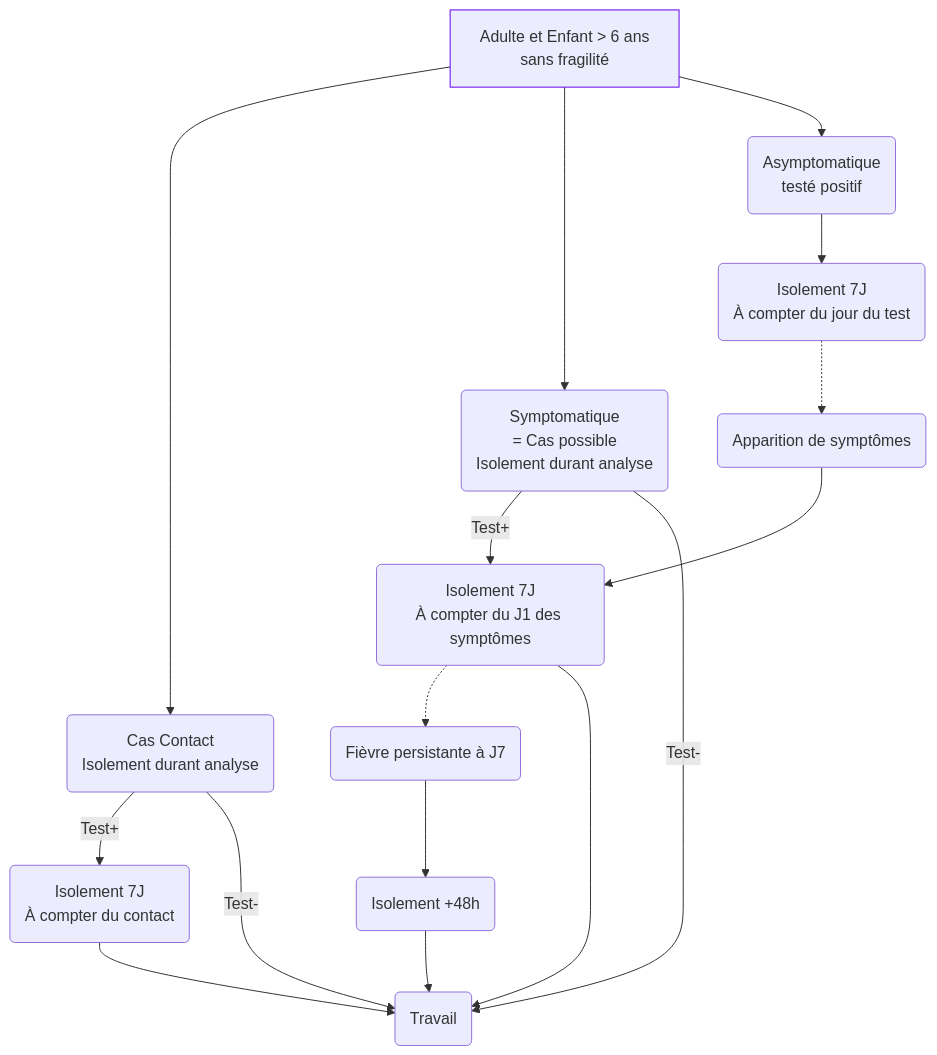
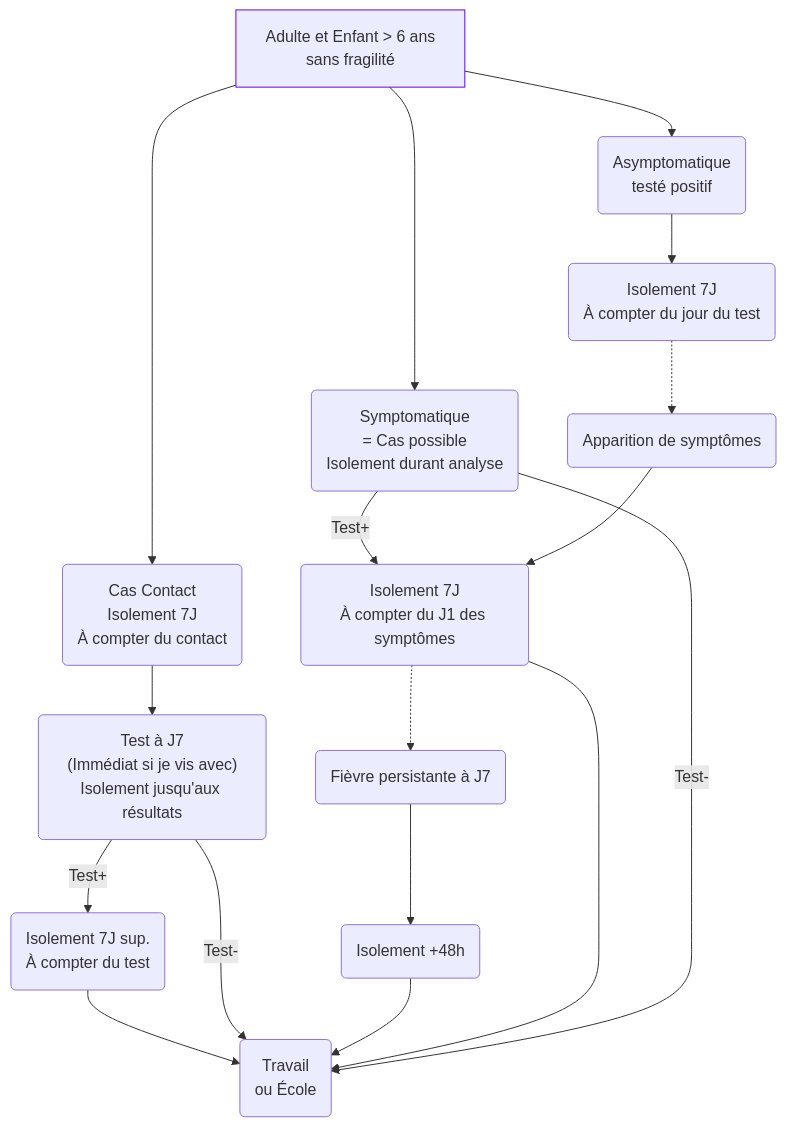
The first of 2 diagrams in content/recommandations/covid-19.md (djibe/recommandations-medicales), drawn with Mermaid before and after one commit. The commit also changed other lines of this file and 3 other files, not shown here.

```diff
--- a/content/recommandations/covid-19.md
+++ b/content/recommandations/covid-19.md
@@ -139,10 +139,10 @@
 {{< mermaid >}}
 graph TB
-  adulte[Adulte et Enfant > 6 ans<br>sans fragilité] --> contact(Cas Contact<br>Isolement durant analyse) --Test+--> isolementContact(Isolement 7J<br>À compter du contact) --> retour
+  adulte[Adulte et Enfant > 6 ans<br>sans fragilité] --> contact(Cas Contact<br>Isolement 7J<br>À compter du contact<br>) --> testJ7("Test à J7<br>(Immédiat si je vis avec)<br>Isolement jusqu'aux résultats") --Test+--> isolementContact(Isolement 7J sup.<br>À compter du test) --> retour
   style adulte stroke:#6200ee, stroke-width:1px
-  adulte --> symptomatique(Symptomatique<br>= Cas possible<br>Isolement durant analyse) --Test+--> isolementSymptomatique(Isolement 7J<br>À compter du J1 des symptômes) -.-> fievrePersistante(Fièvre persistante à J7) --> isolementFievre(Isolement +48h) --> retour(Travail)
+  testJ7 --Test- --> retour
+  adulte --> symptomatique(Symptomatique<br>= Cas possible<br>Isolement durant analyse) --Test+--> isolementSymptomatique(Isolement 7J<br>À compter du J1 des symptômes) -.-> fievrePersistante(Fièvre persistante à J7) --> isolementFievre(Isolement +48h) --> retour(Travail<br>ou École)
   isolementSymptomatique --> retour
   adulte --> asymptomatique(Asymptomatique<br>testé positif) --> isolementAsympt(Isolement 7J<br>À compter du jour du test) -.-> devSympt(Apparition de symptômes) --> isolementSymptomatique
-  contact --Test- --> retour
   symptomatique --Test- --> retour
 {{< /mermaid >}}
```
